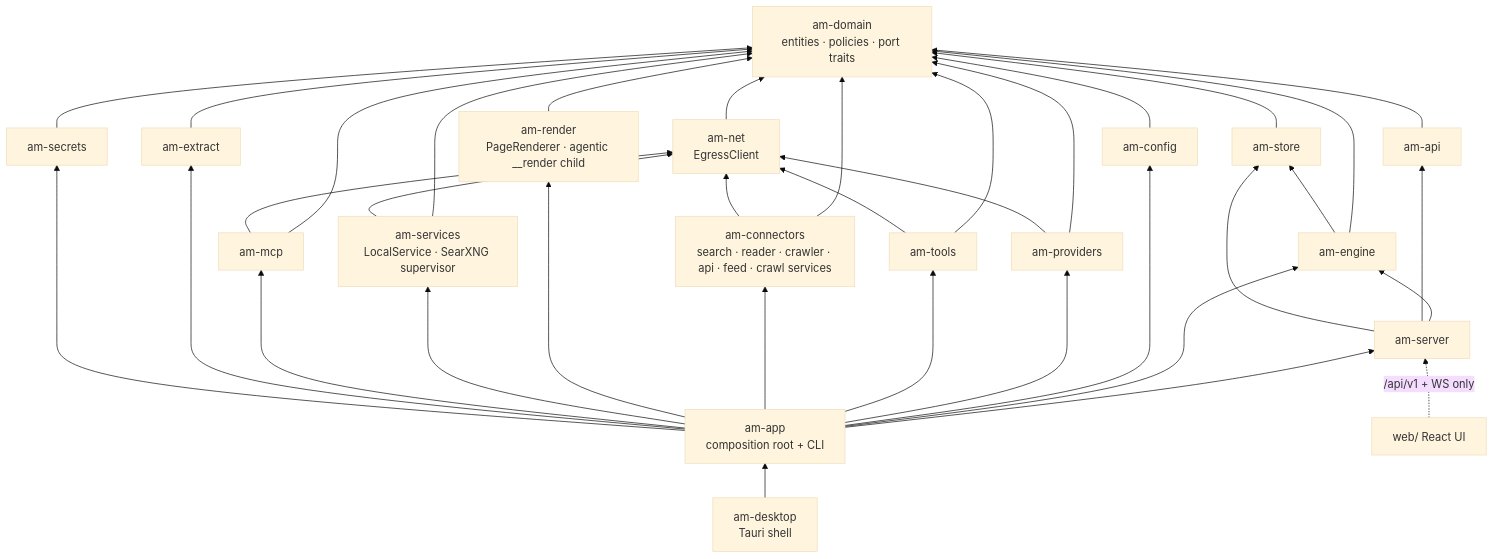
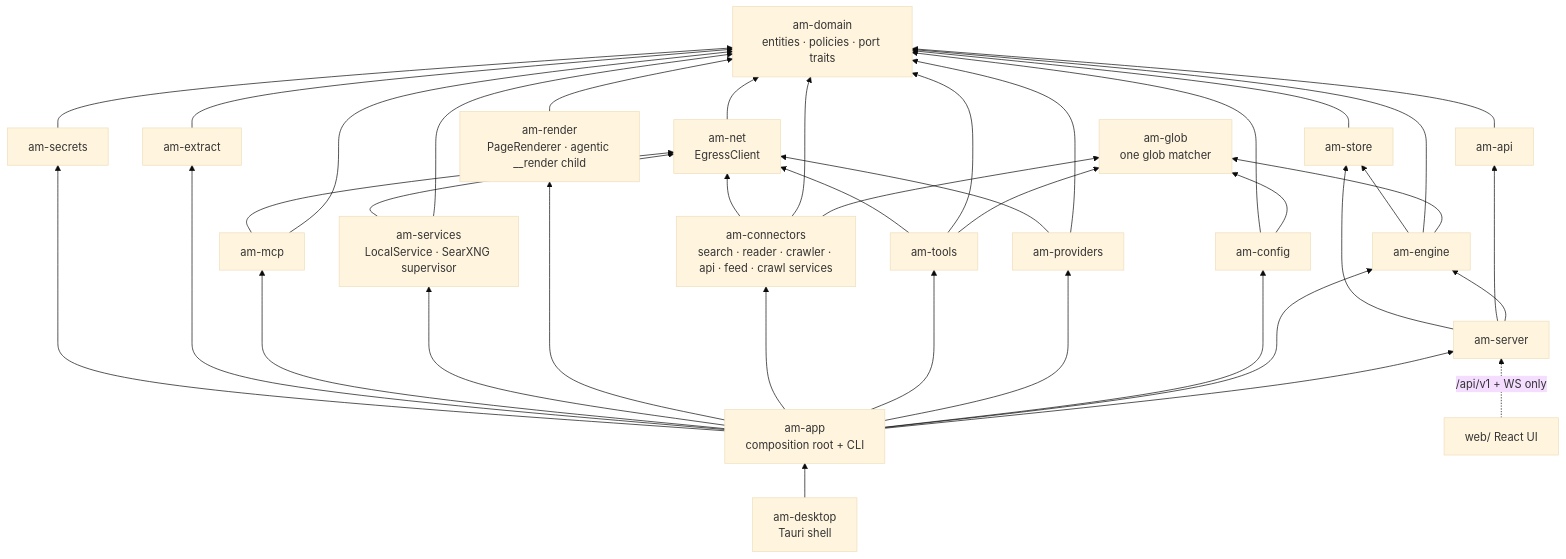
The first of 5 diagrams in _bmad-output/initiative-agentic-manager/architecture-agentic-manager/architecture-agentic-manager.md (energyatom/agentic-manager), drawn with Mermaid (base theme) before and after one commit. The commit also changed other lines of this file and 25 other files, not shown here.

````diff
--- a/_bmad-output/initiative-agentic-manager/architecture-agentic-manager/architecture-agentic-manager.md
+++ b/_bmad-output/initiative-agentic-manager/architecture-agentic-manager/architecture-agentic-manager.md
@@ -43,39 +44,44 @@
 ```mermaid
 flowchart BT
   domain[am-domain<br/>entities · policies · port traits]
   store[am-store] --> domain
+  glob[am-glob<br/>one glob matcher]
+  config --> glob
+  engine --> glob
+  tools --> glob
+  connectors --> glob
   config[am-config] --> domain
   engine[am-engine] --> domain
   engine --> store
   net[am-net<br/>EgressClient] --> domain
   providers[am-providers] --> domain
   providers --> net
   tools[am-tools] --> domain
   tools --> net
   connectors[am-connectors<br/>search · reader · crawler · api · feed · crawl services] --> domain
   connectors --> net
   render[am-render<br/>PageRenderer · agentic __render child] --> domain
   services[am-services<br/>LocalService · SearXNG supervisor] --> domain
   services --> net
   mcp[am-mcp] --> domain
   mcp --> net
   extract[am-extract] --> domain
   secrets[am-secrets] --> domain
   api[am-api] --> domain
   server[am-server] --> engine
   server --> api
   server --> store
   app[am-app<br/>composition root + CLI] --> server
   app --> engine
   app --> config
   app --> providers
   app --> tools
   app --> connectors
   app --> render
   app --> services
   app --> mcp
   app --> extract
   app --> secrets
   desktop[am-desktop<br/>Tauri shell] --> app
   web[web/ React UI] -. "/api/v1 + WS only" .-> server
 ```
````
